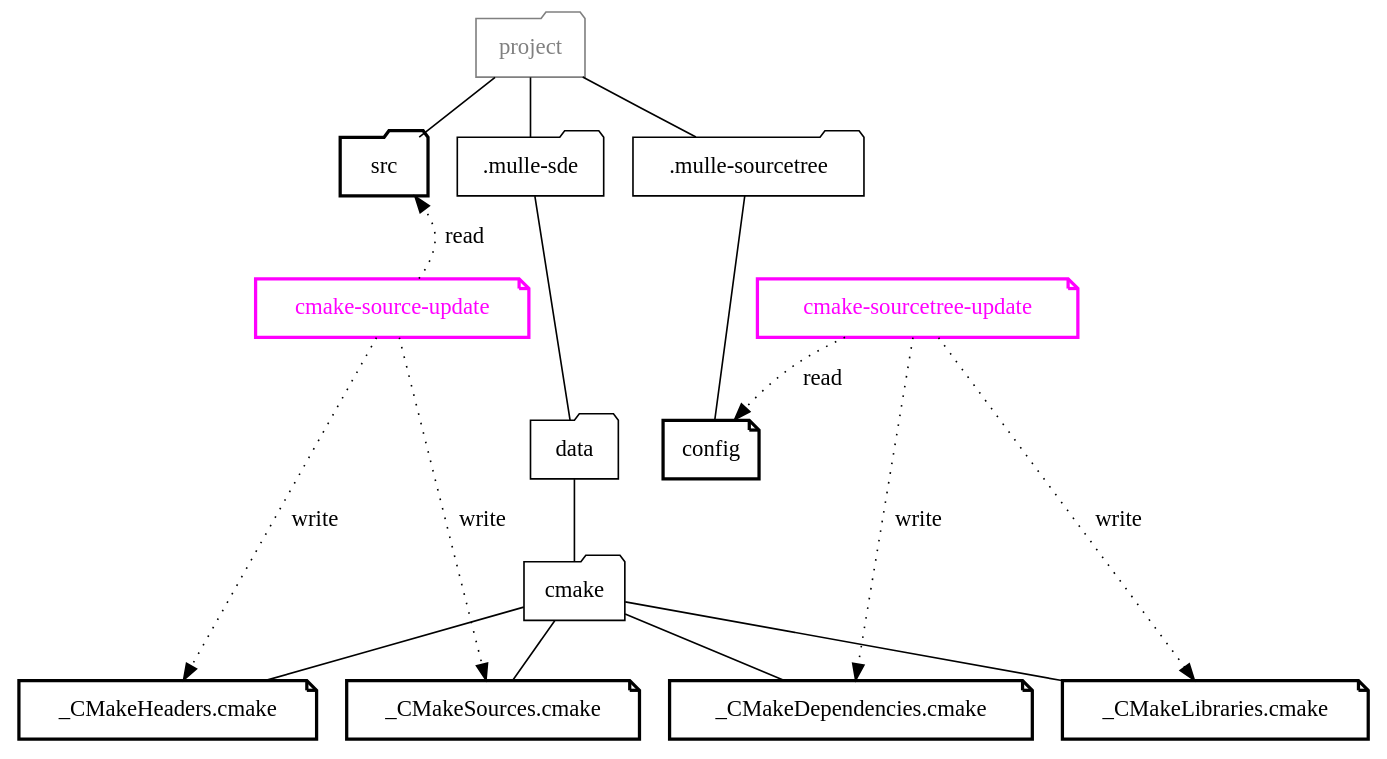
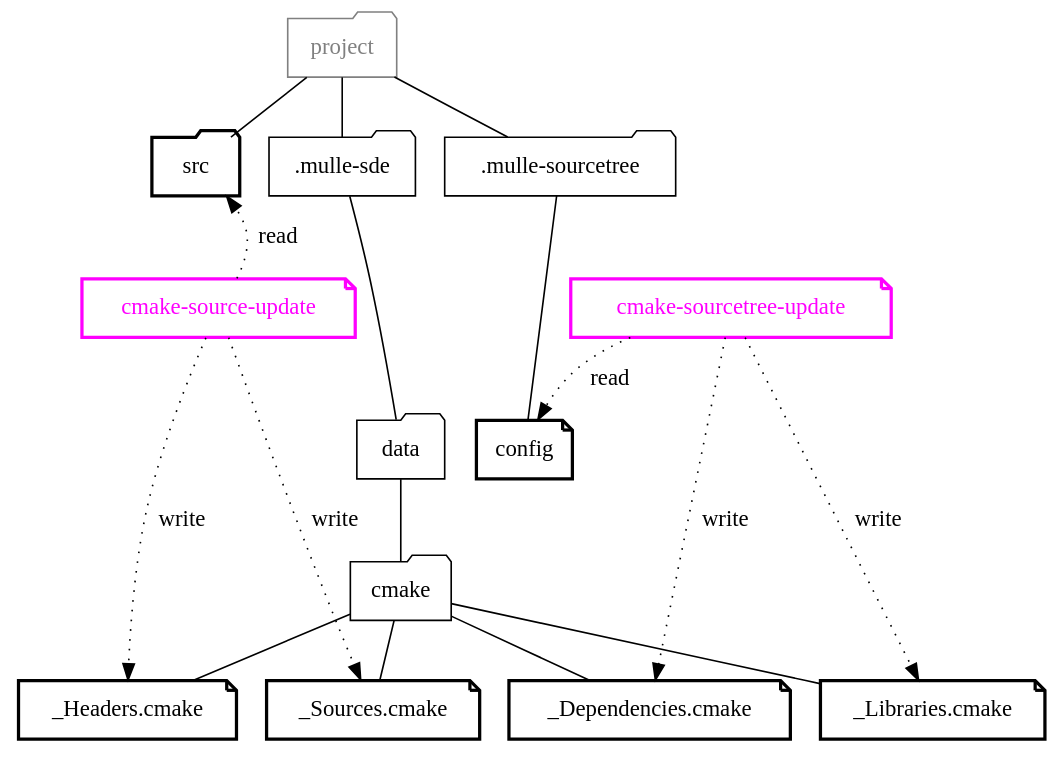
Before and after one commit to mulle-sde/mulle-sde-developer: the diagram in dox/mulle-sde-update-fs.dot, drawn with Graphviz. The commit also changed 19 other files, not shown here.

Commit message:
* lose redundant CMake prefix off many files * use an improved scheme do locate and inherit DependenciesAndLibraries.cmake

```diff
--- a/dox/mulle-sde-update-fs.dot
+++ b/dox/mulle-sde-update-fs.dot
@@ -1,63 +1,63 @@
 digraph G {
     graph [rankdir = TD];
 
     node[ shape="folder"] ;
 
     "project"          [ color="gray", fontcolor="gray" ]
 
     "src"  [ penwidth="2"]
     "data"
     "cmake"
     ".mulle-sde"
     ".mulle-sourcetree"
 
     node[ shape="note", penwidth="2"]
 
     "config"
-    "_CMakeHeaders.cmake"
-    "_CMakeSources.cmake"
-    "_CMakeDependencies.cmake"
-    "_CMakeLibraries.cmake"
+    "_Headers.cmake"
+    "_Sources.cmake"
+    "_Dependencies.cmake"
+    "_Libraries.cmake"
 
     { rank = same;  "project" };
     { rank = same;  "src", ".mulle-sde", ".mulle-sourcetree" }
     { rank = same;  "data", "config" }
     { rank = same;  "cmake" }
-    { rank = same;  "_CMakeHeaders.cmake","_CMakeSources.cmake",
-                    "_CMakeDependencies.cmake","_CMakeLibraries.cmake"  }
+    { rank = same;  "_Headers.cmake","_Sources.cmake",
+                    "_Dependencies.cmake","_Libraries.cmake"  }
 
 
     edge [ arrowhead="none", color="black", style="" ]
 
     ".mulle-sourcetree" -> "config"
     "project" -> "src"
     "project" -> ".mulle-sourcetree"
     "project" -> ".mulle-sde"
     ".mulle-sde" -> "data"
     "data"    -> "cmake"
 
-    "cmake" -> "_CMakeHeaders.cmake"
-    "cmake" -> "_CMakeSources.cmake"
-    "cmake" -> "_CMakeDependencies.cmake"
-    "cmake" -> "_CMakeLibraries.cmake"
+    "cmake" -> "_Headers.cmake"
+    "cmake" -> "_Sources.cmake"
+    "cmake" -> "_Dependencies.cmake"
+    "cmake" -> "_Libraries.cmake"
 
     edge [ arrowhead="", style="dotted", label=" write"]
 
-    "cmake-source-update"     -> "_CMakeHeaders.cmake"
-    "cmake-source-update"     -> "_CMakeSources.cmake"
-    "cmake-sourcetree-update" -> "_CMakeDependencies.cmake"
-    "cmake-sourcetree-update" -> "_CMakeLibraries.cmake"
+    "cmake-source-update"     -> "_Headers.cmake"
+    "cmake-source-update"     -> "_Sources.cmake"
+    "cmake-sourcetree-update" -> "_Dependencies.cmake"
+    "cmake-sourcetree-update" -> "_Libraries.cmake"
 
     "cmake-source-update"     [ color="magenta", fontcolor="magenta" ]
     "cmake-sourcetree-update" [ color="magenta", fontcolor="magenta" ]
 
     "src"    -> "cmake-source-update"     [ style="invis"]
     "config" -> "cmake-source-update"  [ style="invis"]
 
     edge [ arrowhead="", style="dotted", label=" read"]
 
     "cmake-source-update"     -> "src"
     "cmake-sourcetree-update" -> "config"
 
     { rank = same;  "cmake-source-update", "cmake-sourcetree-update"  };
 }
```
